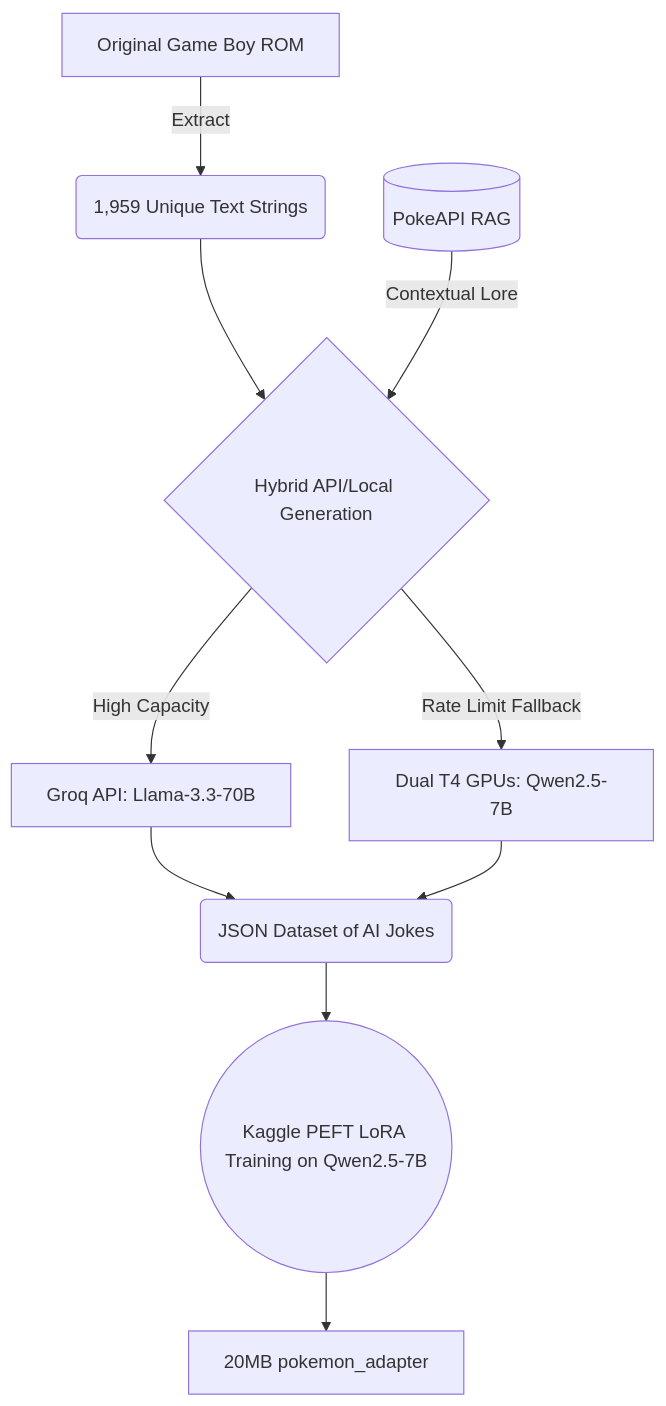
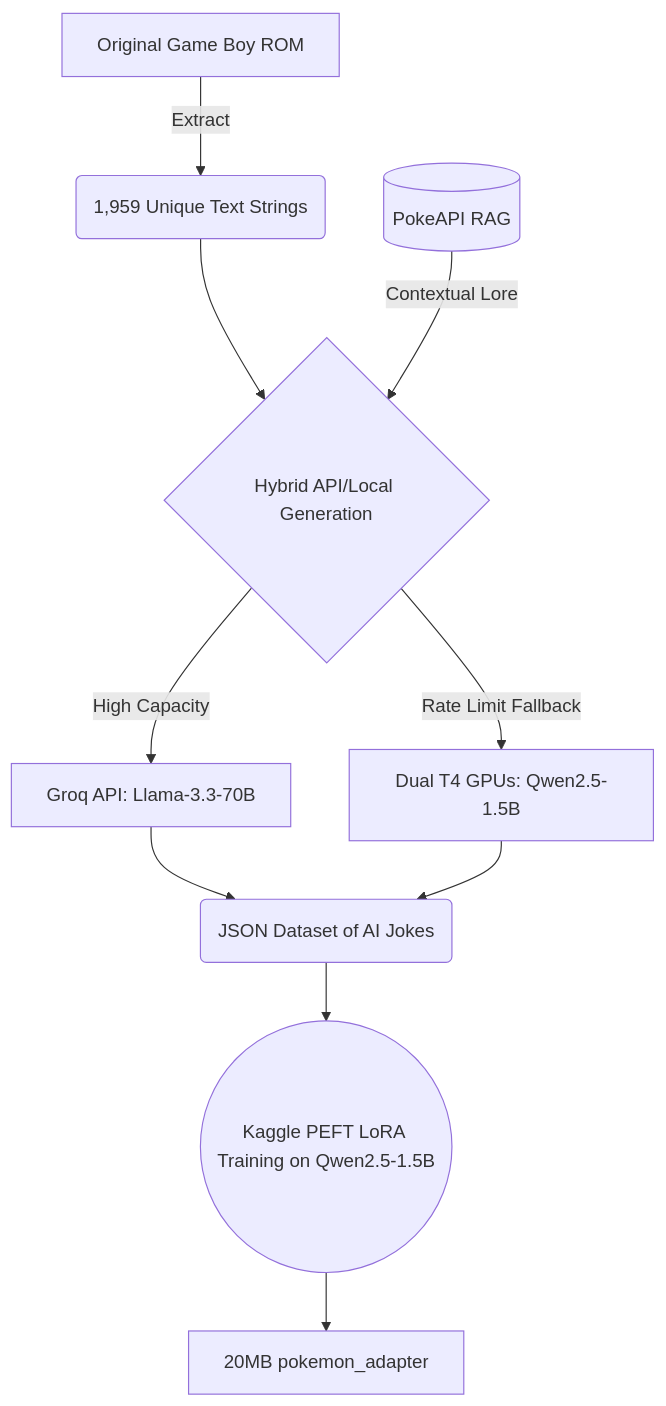
The second of 2 diagrams in README.md (Khushalzz/Pok-AI-mon-Red), drawn with Mermaid before and after one commit. The commit also changed other lines of this file, not shown here.

Commit message:
Fix model reference: Update Qwen2.5-7B to Qwen2.5-1.5B

````diff
--- a/README.md
+++ b/README.md
@@ -61,12 +61,12 @@
 ```mermaid
 graph TD
     A[Original Game Boy ROM] -->|Extract| B(1,959 Unique Text Strings)
     B --> C{Hybrid API/Local Generation}
     C -->|High Capacity| D[Groq API: Llama-3.3-70B]
-    C -->|Rate Limit Fallback| E[Dual T4 GPUs: Qwen2.5-7B]
+    C -->|Rate Limit Fallback| E[Dual T4 GPUs: Qwen2.5-1.5B]
     F[(PokeAPI RAG)] -->|Contextual Lore| C
     D --> G(JSON Dataset of AI Jokes)
     E --> G
-    G --> H((Kaggle PEFT LoRA Training on Qwen2.5-7B))
+    G --> H((Kaggle PEFT LoRA Training on Qwen2.5-1.5B))
     H --> I[20MB pokemon_adapter]
 ```
````
